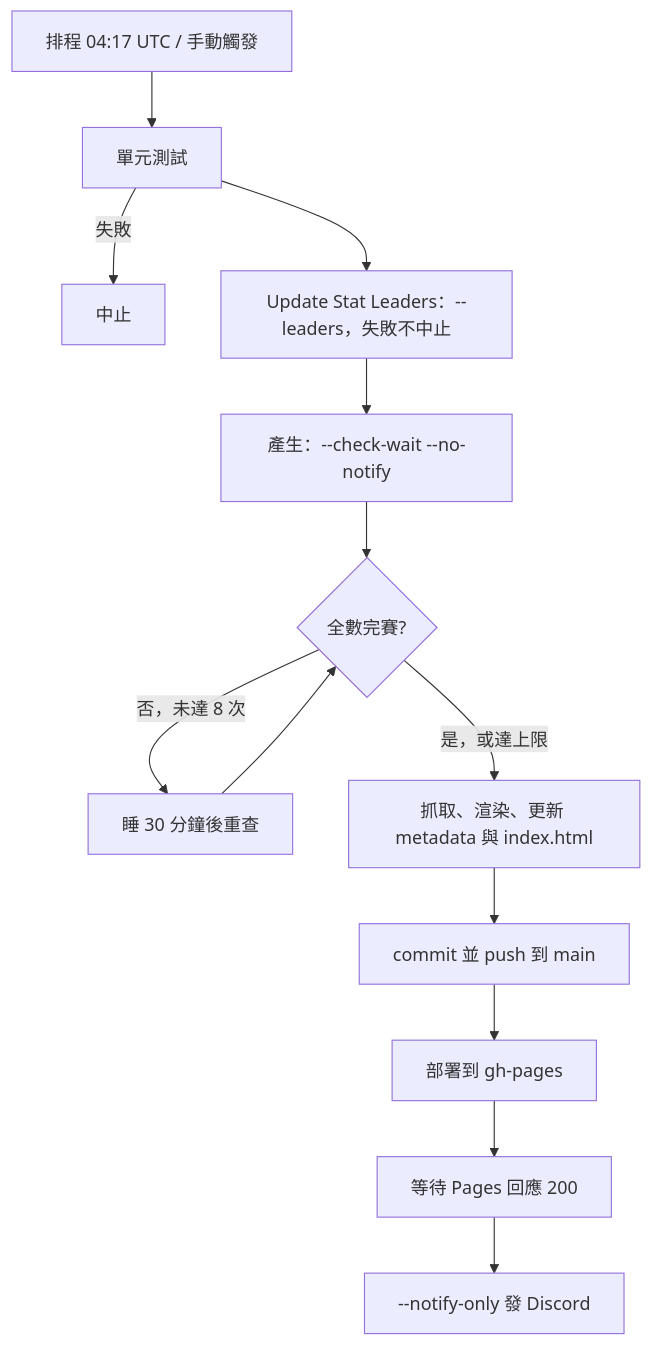
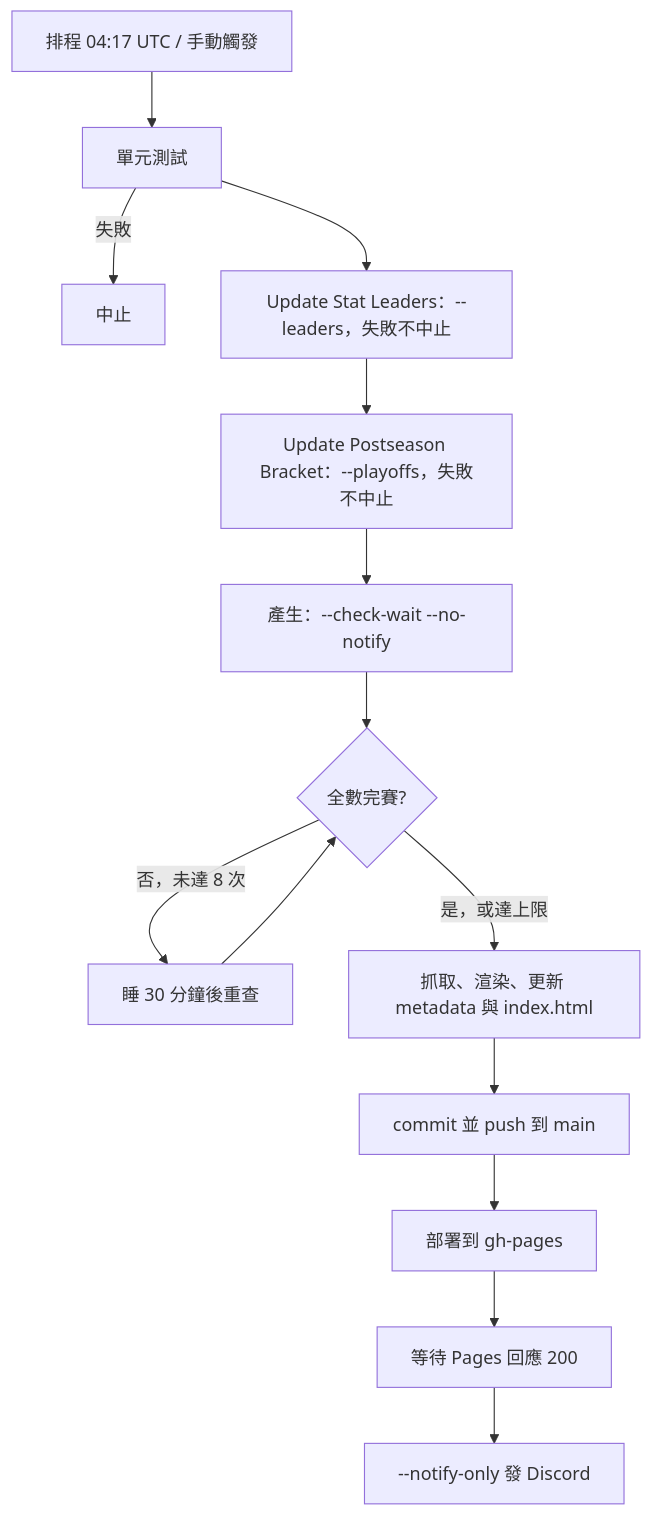
Before and after one commit to haolun588/MLB-daily: the diagram in docs/architecture.md, drawn with Mermaid. The commit also changed other lines of this file and 23 other files, not shown here.

````diff
--- a/docs/architecture.md
+++ b/docs/architecture.md
@@ -40,15 +47,16 @@
 ```mermaid
 graph TD
     A[排程 04:17 UTC / 手動觸發] --> T[單元測試]
     T -->|失敗| X[中止]
     T --> L[Update Stat Leaders：--leaders，失敗不中止]
-    L --> B[產生：--check-wait --no-notify]
+    L --> P[Update Postseason Bracket：--playoffs，失敗不中止]
+    P --> B[產生：--check-wait --no-notify]
     B --> C{全數完賽?}
     C -->|否，未達 8 次| D[睡 30 分鐘後重查]
     D --> C
     C -->|是，或達上限| E[抓取、渲染、更新 metadata 與 index.html]
     E --> F[commit 並 push 到 main]
     F --> G[部署到 gh-pages]
     G --> H[等待 Pages 回應 200]
     H --> I[--notify-only 發 Discord]
 ```
````
